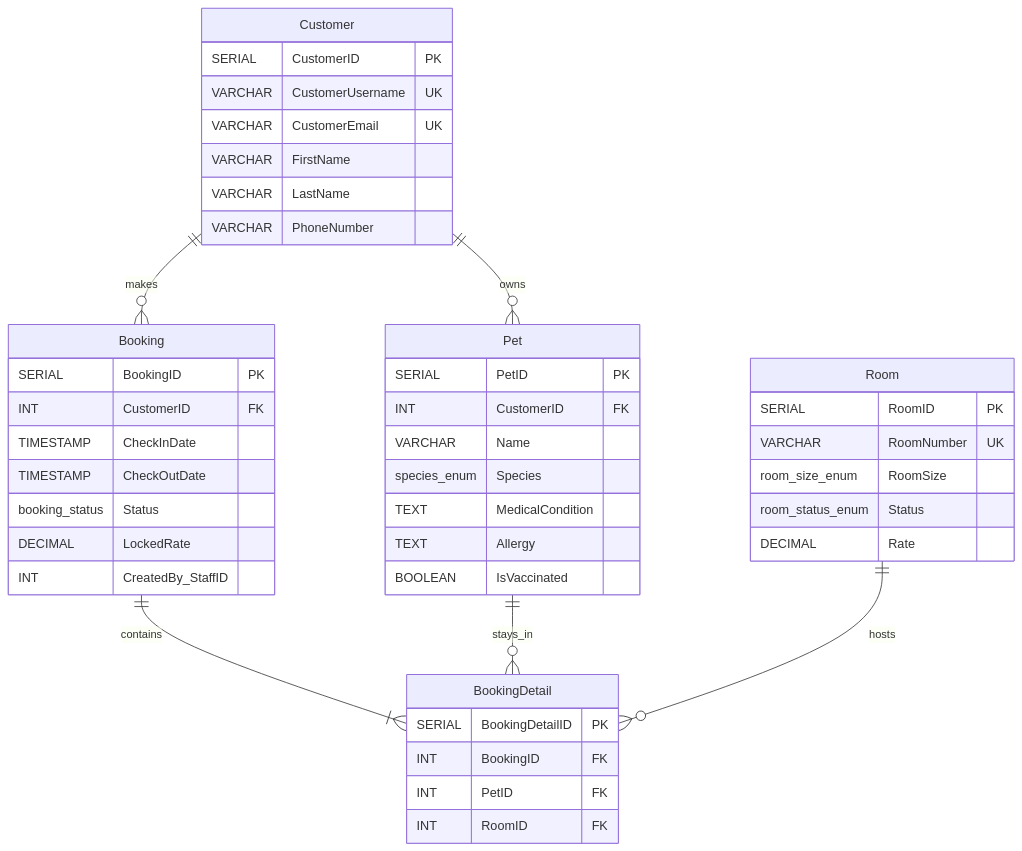
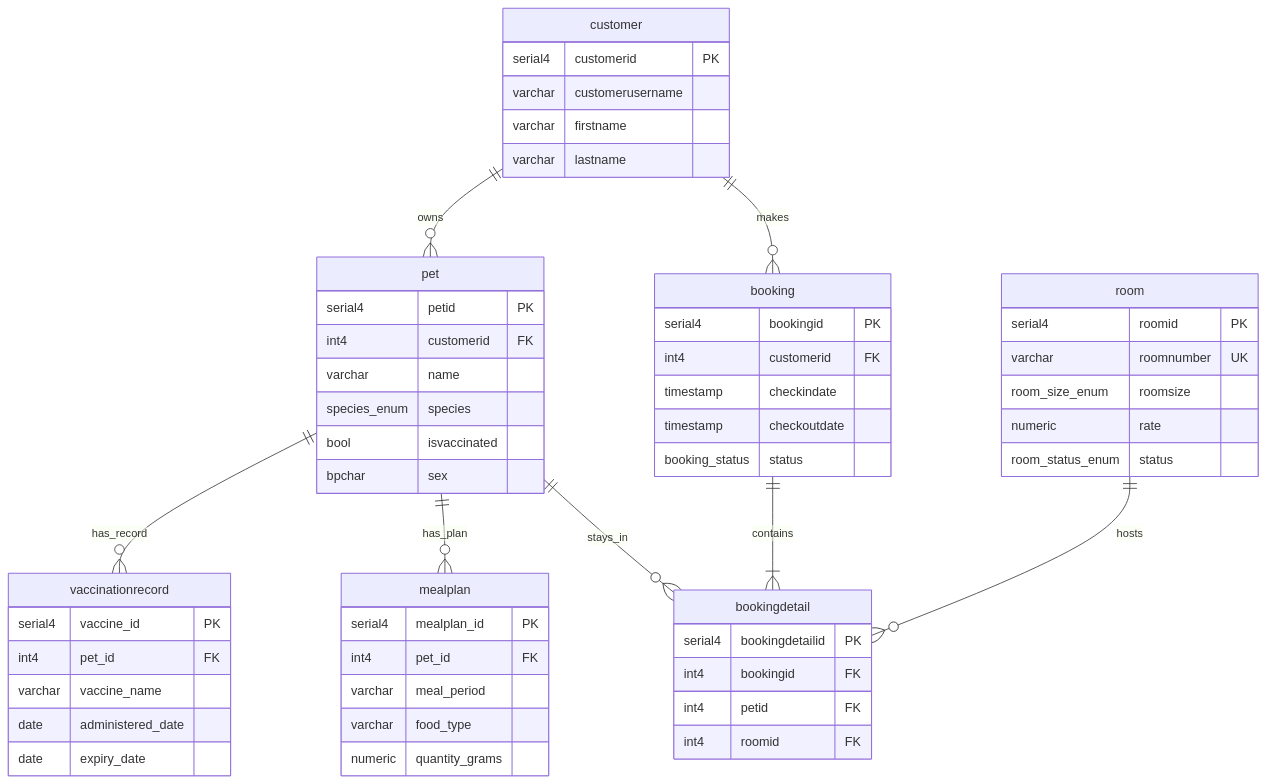
Before and after one commit to athiphat67/CN230-Group-Project: the diagram in Diagram/CutomerAndBooking.md, drawn with Mermaid. The commit also changed 7 other files, not shown here.

First line of the commit message:
Normalize mermaid ER diagrams and update assets

```diff
--- a/Diagram/CutomerAndBooking.md
+++ b/Diagram/CutomerAndBooking.md
@@ -1,48 +1,59 @@
 :::mermaid
-    erDiagram
-    Customer ||--o{ Pet : "owns"
-    Customer ||--o{ Booking : "makes"
-    Booking ||--|{ BookingDetail : "contains"
-    Pet ||--o{ BookingDetail : "stays_in"
-    Room ||--o{ BookingDetail : "hosts"
+erDiagram
+    customer ||--o{ pet : "owns"
+    customer ||--o{ booking : "makes"
+    pet ||--o{ vaccinationrecord : "has_record"
+    pet ||--o{ mealplan : "has_plan"
+    booking ||--|{ bookingdetail : "contains"
+    pet ||--o{ bookingdetail : "stays_in"
+    room ||--o{ bookingdetail : "hosts"
 
-    Customer {
-        SERIAL CustomerID PK
-        VARCHAR CustomerUsername UK
-        VARCHAR CustomerEmail UK
-        VARCHAR FirstName
-        VARCHAR LastName
-        VARCHAR PhoneNumber
+    customer {
+        serial4 customerid PK
+        varchar customerusername
+        varchar firstname
+        varchar lastname
     }
-    Pet {
-        SERIAL PetID PK
-        INT CustomerID FK
-        VARCHAR Name
-        species_enum Species
-        TEXT MedicalCondition
-        TEXT Allergy
-        BOOLEAN IsVaccinated
+    pet {
+        serial4 petid PK
+        int4 customerid FK
+        varchar name
+        species_enum species
+        bool isvaccinated
+        bpchar sex
     }
-    Room {
-        SERIAL RoomID PK
-        VARCHAR RoomNumber UK
-        room_size_enum RoomSize
-        room_status_enum Status
-        DECIMAL Rate
+    vaccinationrecord {
+        serial4 vaccine_id PK
+        int4 pet_id FK
+        varchar vaccine_name
+        date administered_date
+        date expiry_date
     }
-    Booking {
-        SERIAL BookingID PK
-        INT CustomerID FK
-        TIMESTAMP CheckInDate
-        TIMESTAMP CheckOutDate
-        booking_status Status
-        DECIMAL LockedRate
-        INT CreatedBy_StaffID
+    mealplan {
+        serial4 mealplan_id PK
+        int4 pet_id FK
+        varchar meal_period
+        varchar food_type
+        numeric quantity_grams
     }
-    BookingDetail {
-        SERIAL BookingDetailID PK
-        INT BookingID FK
-        INT PetID FK
-        INT RoomID FK
+    room {
+        serial4 roomid PK
+        varchar roomnumber UK
+        room_size_enum roomsize
+        numeric rate
+        room_status_enum status
+    }
+    booking {
+        serial4 bookingid PK
+        int4 customerid FK
+        timestamp checkindate
+        timestamp checkoutdate
+        booking_status status
+    }
+    bookingdetail {
+        serial4 bookingdetailid PK
+        int4 bookingid FK
+        int4 petid FK
+        int4 roomid FK
     }
 :::
```
